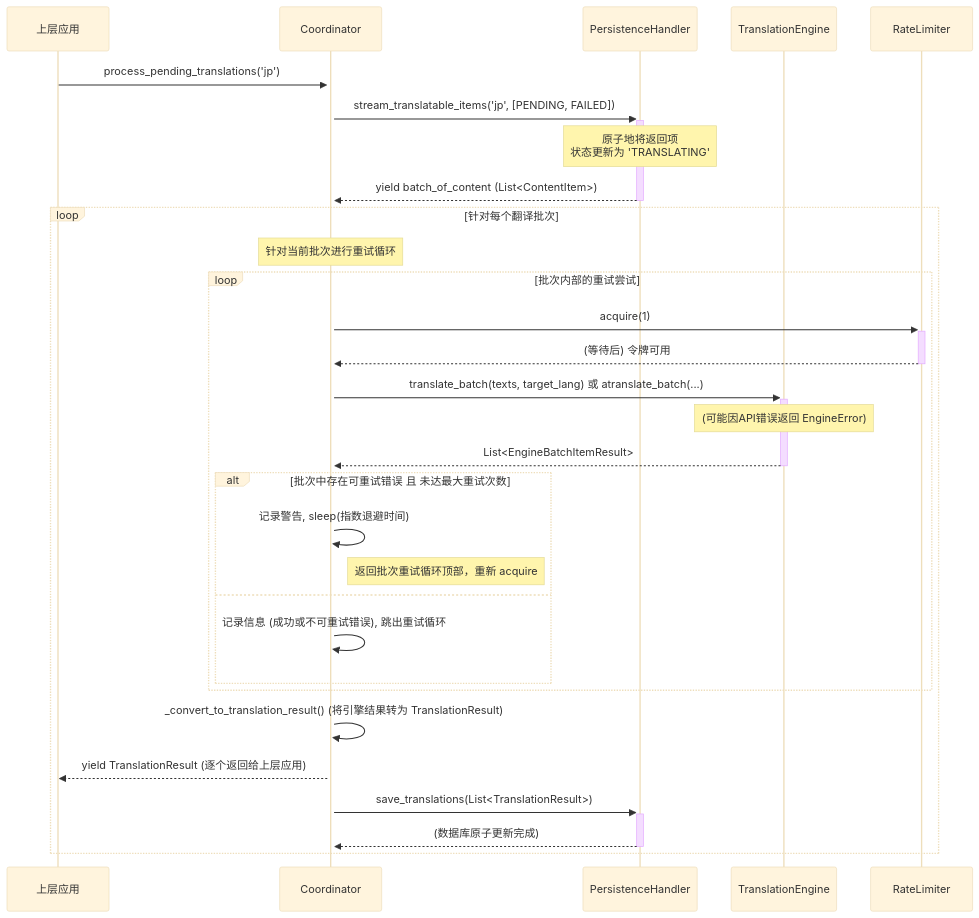
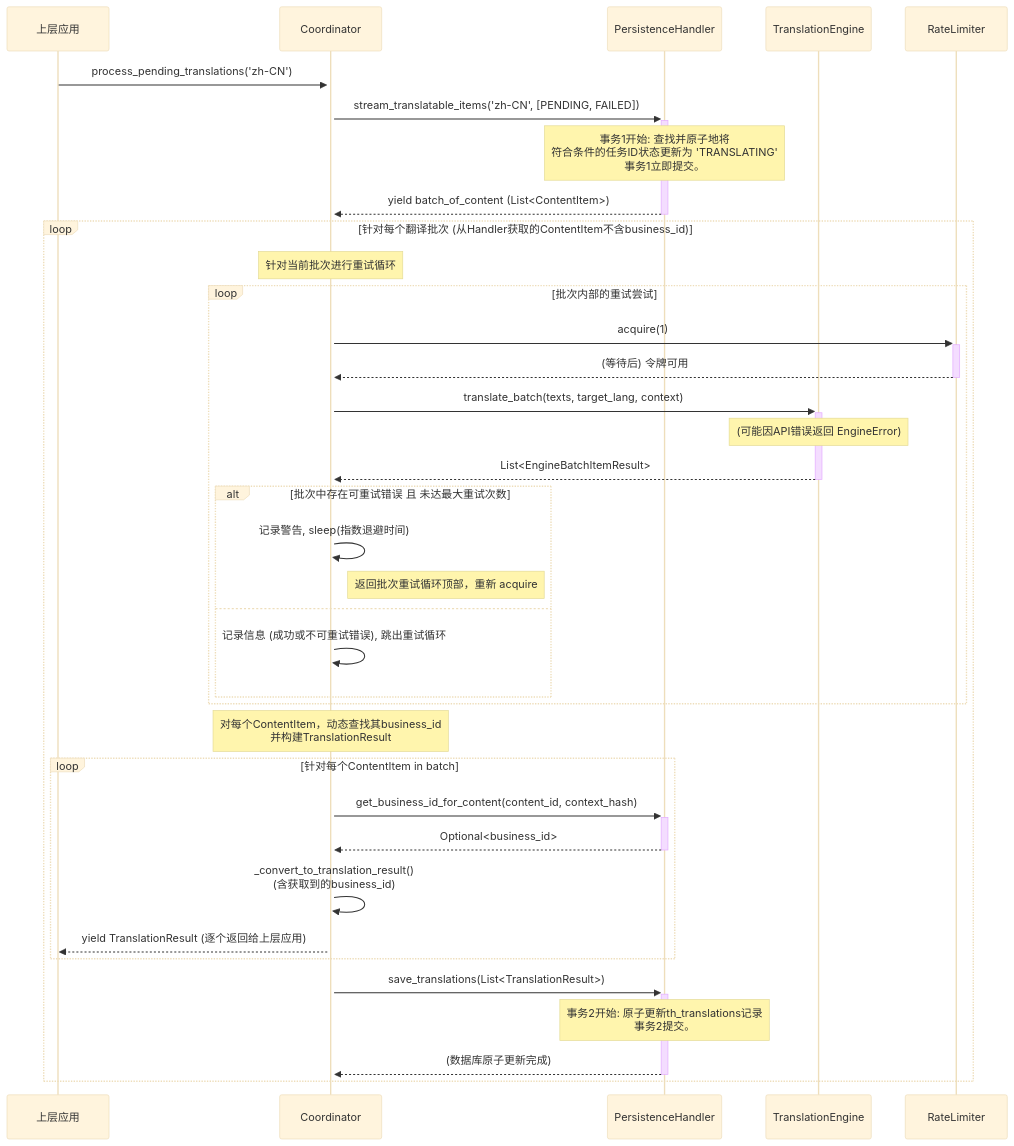
The second of 2 diagrams in docs/trans-hub-core-design.md (SakenW/Trans-Hub), drawn with Mermaid (base theme) before and after one commit. The commit also changed other lines of this file and 12 other files, not shown here.

````diff
--- a/docs/trans-hub-core-design.md
+++ b/docs/trans-hub-core-design.md
@@ -187,38 +224,44 @@
 ```mermaid
 sequenceDiagram
     participant App as 上层应用
     participant Coord as Coordinator
     participant Handler as PersistenceHandler
     participant Engine as TranslationEngine
     participant Limiter as RateLimiter
 
-    App->>+Coord: process_pending_translations('jp')
-    Coord->>+Handler: stream_translatable_items('jp', [PENDING, FAILED])
-    Note over Handler: 原子地将返回项<br>状态更新为 'TRANSLATING'
+    App->>+Coord: process_pending_translations('zh-CN')
+    Coord->>+Handler: stream_translatable_items('zh-CN', [PENDING, FAILED])
+    Note over Handler: 事务1开始: 查找并原子地将<br>符合条件的任务ID状态更新为 'TRANSLATING'<br>事务1立即提交。
     Handler-->>-Coord: yield batch_of_content (List<ContentItem>)
-    
-    loop 针对每个翻译批次
+
+    loop 针对每个翻译批次 (从Handler获取的ContentItem不含business_id)
         Note over Coord: 针对当前批次进行重试循环
         loop 批次内部的重试尝试
             Coord->>+Limiter: acquire(1)
             Limiter-->>-Coord: (等待后) 令牌可用
             
-            Coord->>+Engine: translate_batch(texts, target_lang) 或 atranslate_batch(...)
+            Coord->>+Engine: translate_batch(texts, target_lang, context)
             Note over Engine: (可能因API错误返回 EngineError)
             Engine-->>-Coord: List<EngineBatchItemResult>
             
             alt 批次中存在可重试错误 且 未达最大重试次数
                 Coord->>Coord: 记录警告, sleep(指数退避时间)
                 Note right of Coord: 返回批次重试循环顶部，重新 acquire
             else
                 Coord->>Coord: 记录信息 (成功或不可重试错误), 跳出重试循环
             end
         end
         
-        Coord->>Coord: _convert_to_translation_result() (将引擎结果转为 TranslationResult)
-        Coord-->>App: yield TranslationResult (逐个返回给上层应用)
+        Note over Coord: 对每个ContentItem，动态查找其business_id<br>并构建TranslationResult
+        loop 针对每个ContentItem in batch
+            Coord->>+Handler: get_business_id_for_content(content_id, context_hash)
+            Handler-->>-Coord: Optional<business_id>
+            Coord->>Coord: _convert_to_translation_result()<br>(含获取到的business_id)
+            Coord-->>App: yield TranslationResult (逐个返回给上层应用)
+        end
         
         Coord->>+Handler: save_translations(List<TranslationResult>)
+        Note over Handler: 事务2开始: 原子更新th_translations记录<br>事务2提交。
         Handler-->>-Coord: (数据库原子更新完成)
     end
 ```
````
